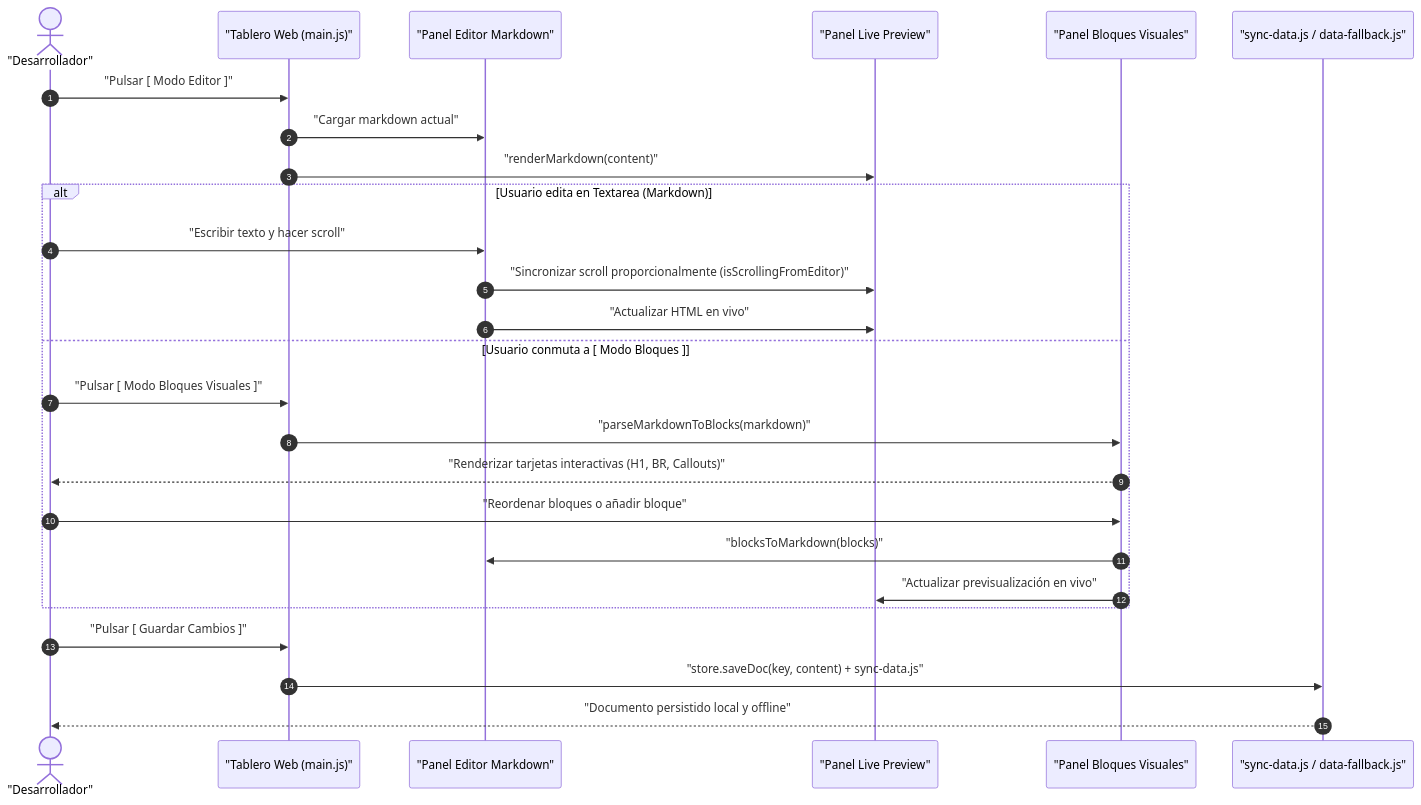
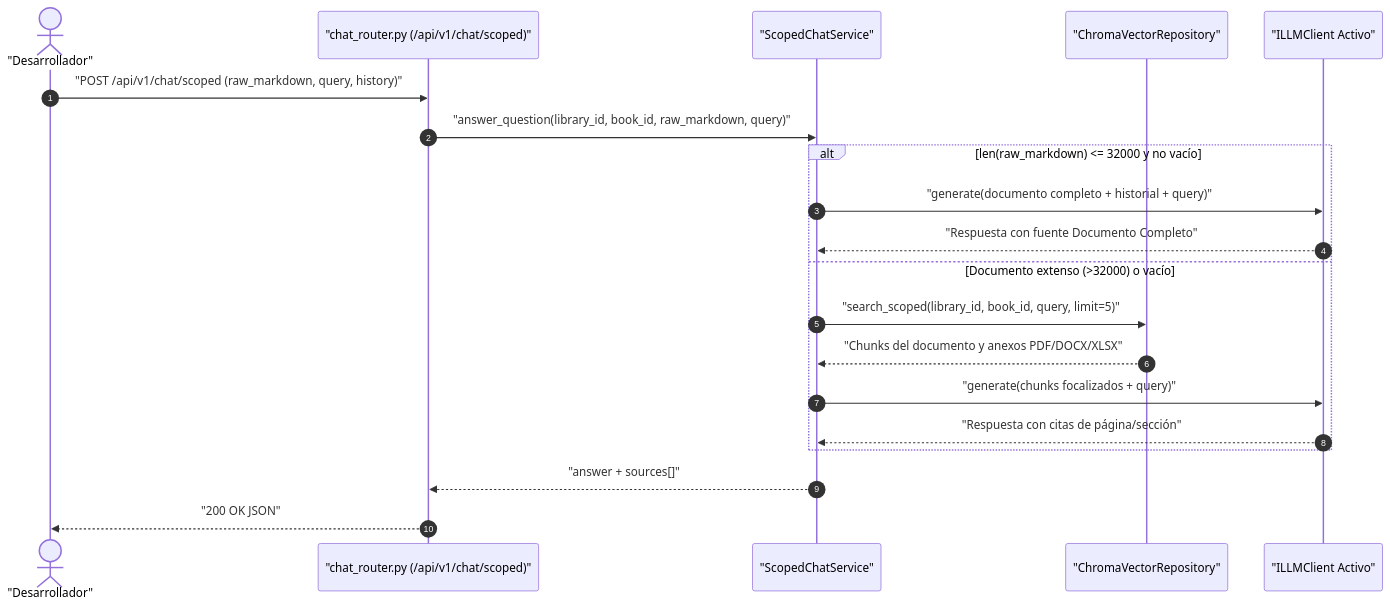
One commit to Nayid4/ContextForge changed the third of 5 diagrams in project-docs/knowledge/uml-diagrams.md. Above: the diagram before and after it, drawn with Mermaid. The commit also changed other lines of this file and 708 other files, not shown here.

````diff
--- a/project-docs/knowledge/uml-diagrams.md
+++ b/project-docs/knowledge/uml-diagrams.md
@@ -126,31 +144,23 @@
 ```mermaid
 sequenceDiagram
   autonumber
   actor User as "Desarrollador"
-  participant UI as "Tablero Web (main.js)"
-  participant Textarea as "Panel Editor Markdown"
-  participant Preview as "Panel Live Preview"
-  participant Blocks as "Panel Bloques Visuales"
-  participant Storage as "sync-data.js / data-fallback.js"
+  participant API as "chat_router.py (/api/v1/chat/scoped)"
+  participant Service as "ScopedChatService"
+  participant Vector as "ChromaVectorRepository"
+  participant LLM as "ILLMClient Activo"
 
-  User->>UI: "Pulsar [ Modo Editor ]"
-  UI->>Textarea: "Cargar markdown actual"
-  UI->>Preview: "renderMarkdown(content)"
-  
-  alt Usuario edita en Textarea (Markdown)
-    User->>Textarea: "Escribir texto y hacer scroll"
-    Textarea->>Preview: "Sincronizar scroll proporcionalmente (isScrollingFromEditor)"
-    Textarea->>Preview: "Actualizar HTML en vivo"
-  else Usuario conmuta a [ Modo Bloques ]
-    User->>UI: "Pulsar [ Modo Bloques Visuales ]"
-    UI->>Blocks: "parseMarkdownToBlocks(markdown)"
-    Blocks-->>User: "Renderizar tarjetas interactivas (H1, BR, Callouts)"
-    User->>Blocks: "Reordenar bloques o añadir bloque"
-    Blocks->>Textarea: "blocksToMarkdown(blocks)"
-    Blocks->>Preview: "Actualizar previsualización en vivo"
+  User->>API: "POST /api/v1/chat/scoped (raw_markdown, query, history)"
+  API->>Service: "answer_question(library_id, book_id, raw_markdown, query)"
+  alt len(raw_markdown) <= 32000 y no vacío
+    Service->>LLM: "generate(documento completo + historial + query)"
+    LLM-->>Service: "Respuesta con fuente Documento Completo"
+  else Documento extenso (>32000) o vacío
+    Service->>Vector: "search_scoped(library_id, book_id, query, limit=5)"
+    Vector-->>Service: "Chunks del documento y anexos PDF/DOCX/XLSX"
+    Service->>LLM: "generate(chunks focalizados + query)"
+    LLM-->>Service: "Respuesta con citas de página/sección"
   end
-
-  User->>UI: "Pulsar [ Guardar Cambios ]"
-  UI->>Storage: "store.saveDoc(key, content) + sync-data.js"
-  Storage-->>User: "Documento persistido local y offline"
+  Service-->>API: "answer + sources[]"
+  API-->>User: "200 OK JSON"
 ```
````
